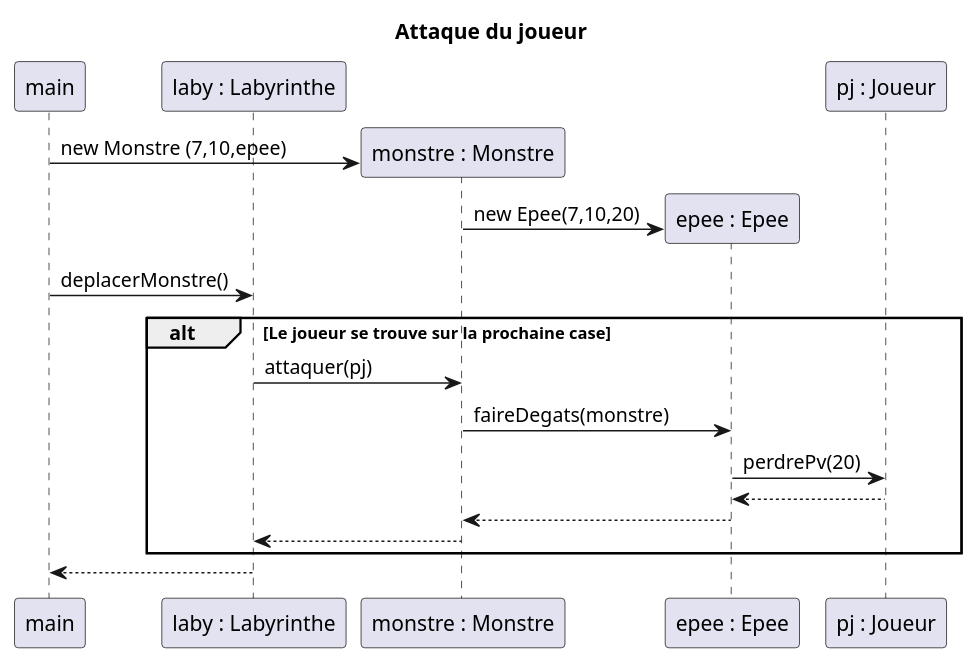
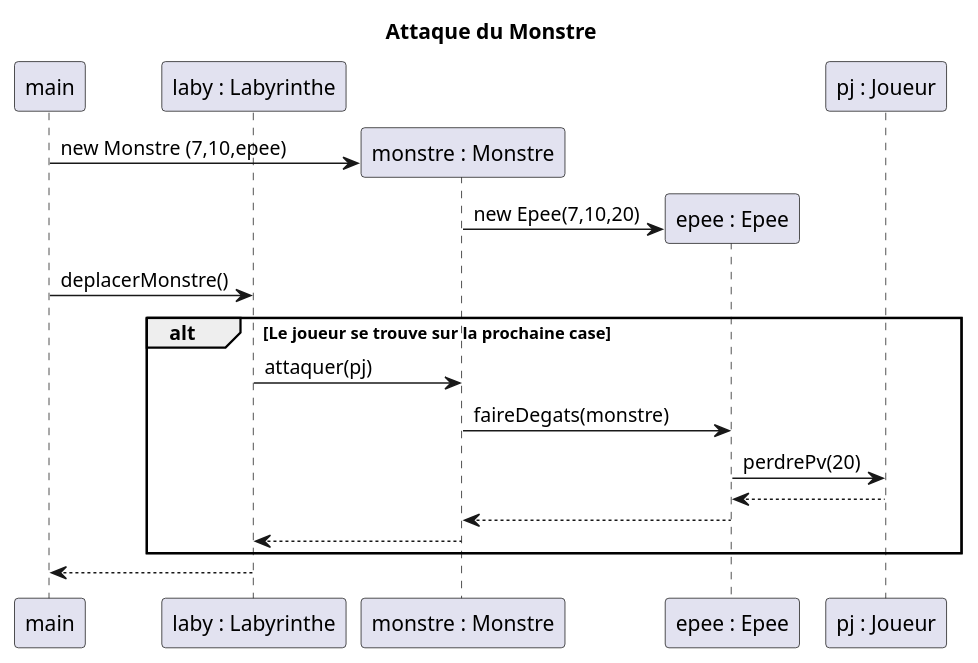
The diagram in documents/version_4/diagSequenceAttaqueMonstre.puml (TanguyFox/2022_Zeldiablo_renard136u_seiler33u_serrier26u_arcelin1u), drawn with PlantUML before and after one commit.

Commit message:
Diag attaque monstre

```diff
--- a/documents/version_4/diagSequenceAttaqueMonstre.puml
+++ b/documents/version_4/diagSequenceAttaqueMonstre.puml
@@ -1,27 +1,27 @@
 @startuml
 'https://plantuml.com/sequence-diagram
 
-title Attaque du joueur
+title Attaque du Monstre
 
 participant "main" as MAIN
 participant "laby : Labyrinthe" as L
 participant "monstre : Monstre" as M
 participant "epee : Epee" as E
 
 participant "pj : Joueur" as J
 
 create M
 MAIN -> M : new Monstre (7,10,epee)
 create E
  M -> E : new Epee(7,10,20)
 MAIN -> L : deplacerMonstre()
 alt Le joueur se trouve sur la prochaine case
     L -> M : attaquer(pj)
          M -> E : faireDegats(monstre)
          E -> J : perdrePv(20)
          J --> E
          E --> M
          M --> L
 end
 L --> MAIN
 @enduml
```
